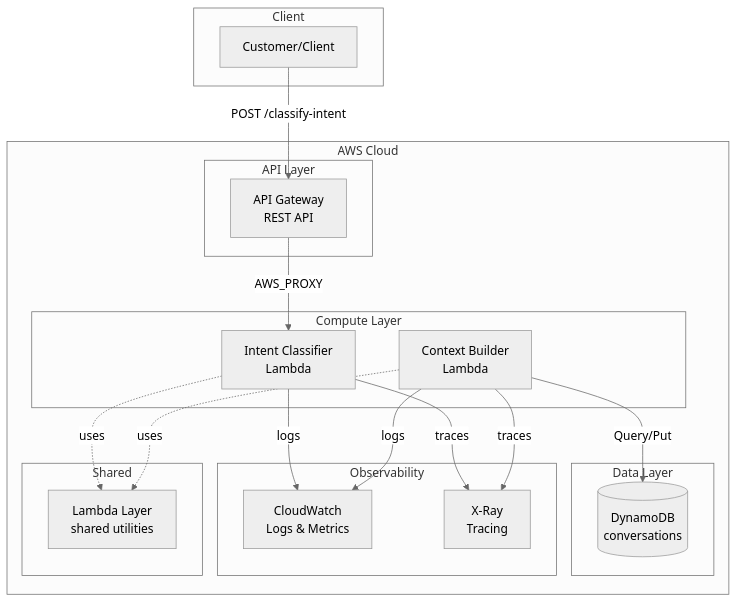
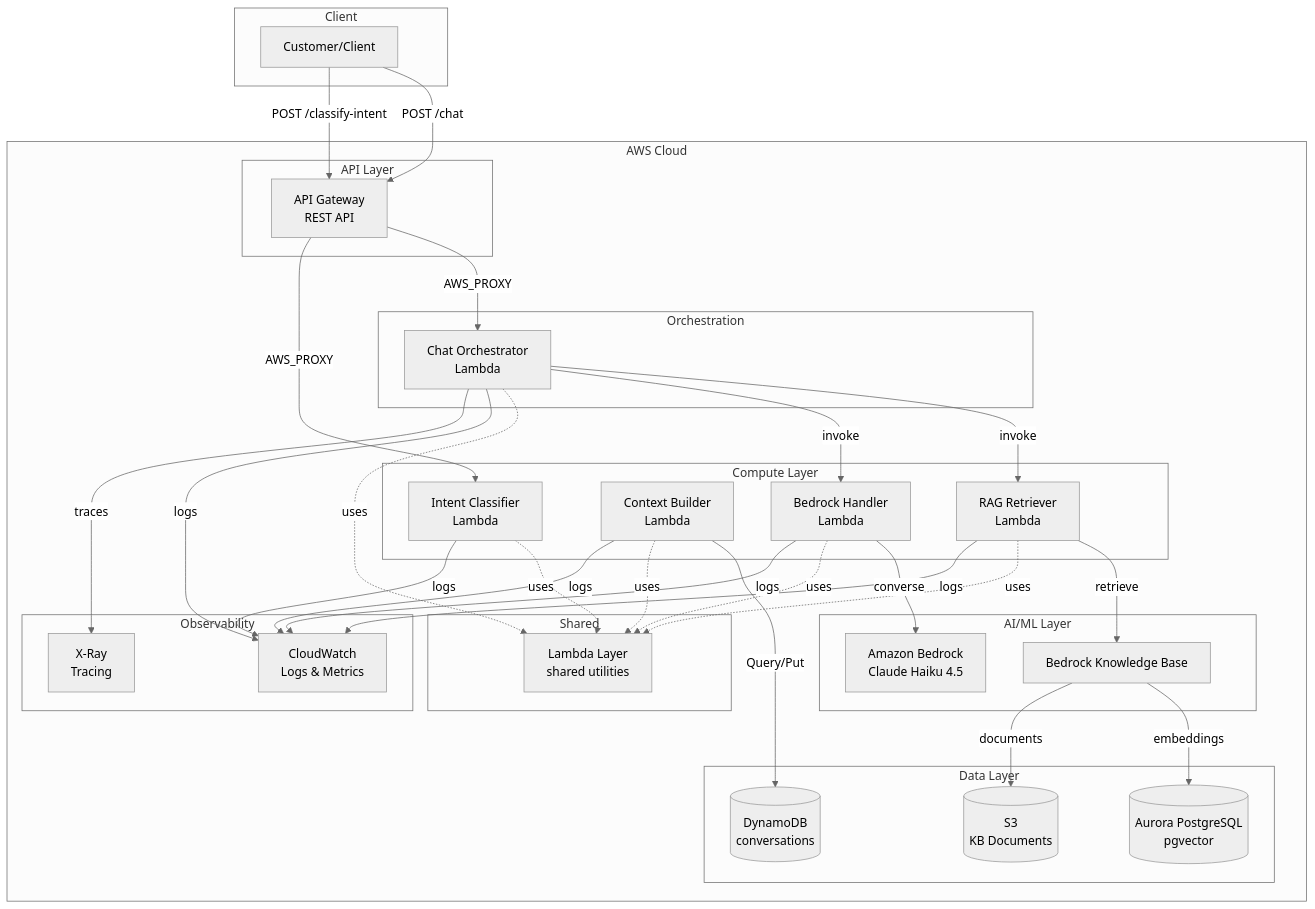
The first of 9 diagrams in docs/architecture/system-design.md (jujubear24/ai-customer-service-bot), drawn with Mermaid (neutral theme) before and after one commit. The commit also changed other lines of this file, not shown here.

First line of the commit message:
docs(architecture): update system-design.md for Phase 2 completion

````diff
--- a/docs/architecture/system-design.md
+++ b/docs/architecture/system-design.md
@@ -29,40 +31,66 @@
 ```mermaid
 flowchart TB
     subgraph Client
         USER[Customer/Client]
     end
 
     subgraph AWS Cloud
         subgraph API Layer
             APIGW[API Gateway<br/>REST API]
         end
 
+        subgraph Orchestration
+            CO[Chat Orchestrator<br/>Lambda]
+        end
+
         subgraph Compute Layer
             IC[Intent Classifier<br/>Lambda]
             CB[Context Builder<br/>Lambda]
+            RR[RAG Retriever<br/>Lambda]
+            BH[Bedrock Handler<br/>Lambda]
+        end
+
+        subgraph AI/ML Layer
+            KB[Bedrock Knowledge Base]
+            BEDROCK[Amazon Bedrock<br/>Claude Haiku 4.5]
         end
 
         subgraph Data Layer
             DDB[(DynamoDB<br/>conversations)]
+            AURORA[(Aurora PostgreSQL<br/>pgvector)]
+            S3[(S3<br/>KB Documents)]
         end
 
         subgraph Observability
             CW[CloudWatch<br/>Logs & Metrics]
             XRAY[X-Ray<br/>Tracing]
         end
 
         subgraph Shared
             LAYER[Lambda Layer<br/>shared utilities]
         end
     end
 
+    USER -->|POST /chat| APIGW
     USER -->|POST /classify-intent| APIGW
+    APIGW -->|AWS_PROXY| CO
     APIGW -->|AWS_PROXY| IC
+    CO -->|invoke| RR
+    CO -->|invoke| BH
+    RR -->|retrieve| KB
+    KB -->|embeddings| AURORA
+    KB -->|documents| S3
+    BH -->|converse| BEDROCK
+    CB -->|Query/Put| DDB
     IC -.->|uses| LAYER
     CB -.->|uses| LAYER
-    CB -->|Query/Put| DDB
+    CO -.->|uses| LAYER
+    RR -.->|uses| LAYER
+    BH -.->|uses| LAYER
+    CO -->|logs| CW
+    RR -->|logs| CW
+    BH -->|logs| CW
     IC -->|logs| CW
     CB -->|logs| CW
-    IC -->|traces| XRAY
-    CB -->|traces| XRAY
+    CO -->|traces| XRAY
 ```
````
